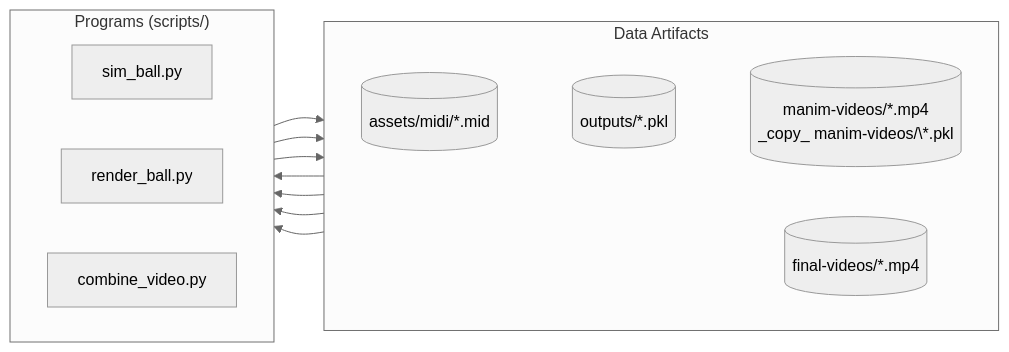
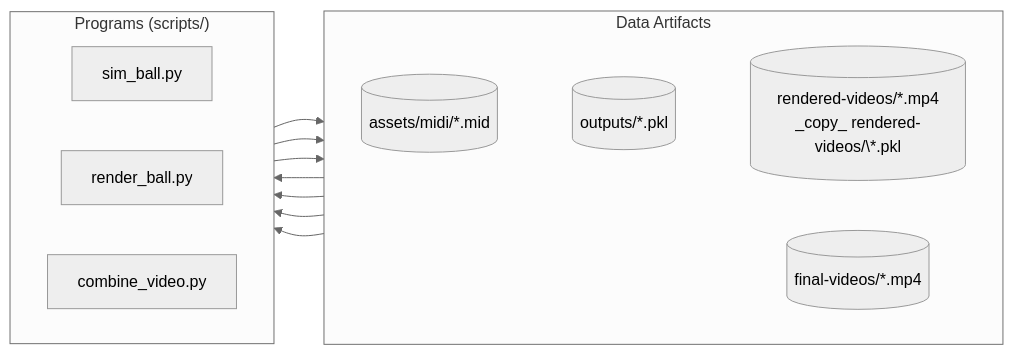
Before and after one commit to fishyy119/bounce-music-py: the diagram in README.md, drawn with Mermaid (neutral theme). The commit also changed other lines of this file and 23 other files, not shown here.

````diff
--- a/README.md
+++ b/README.md
@@ -32,48 +31,48 @@
 ```mermaid
 flowchart LR
 
 %% ======================
 %% Data Objects
 %% ======================
 subgraph DATA["Data Artifacts"]
 direction LR
 
 MID[(assets/midi/*.mid)]
 PKL[(outputs/*.pkl)]
-MP4_RAW[(manim-videos/*.mp4<br/>_copy_ manim-videos/\*.pkl)]
+MP4_RAW[(rendered-videos/*.mp4<br/>_copy_ rendered-videos/\*.pkl)]
 MP4_FINAL[(final-videos/*.mp4)]
 
 MID ~~~ PKL
 PKL ~~~ MP4_RAW
 %% MP4_RAW ~~~ MP4_FINAL
 
 end
 
 %% ======================
 %% Program Objects
 %% ======================
 subgraph PROCESS["Programs (scripts/)"]
 direction LR
 
 SIM[sim_ball.py]
 RENDER[render_ball.py]
 COMBINE[combine_video.py]
 
 end
 
 %% ======================
 %% Data Flow
 %% ======================
 
 MID --> SIM
 SIM --> PKL
 
 PKL --> RENDER
 RENDER --> MP4_RAW
 
 MP4_RAW --> COMBINE
 MID --> COMBINE
 
 COMBINE --> MP4_FINAL
 
 ```
````
